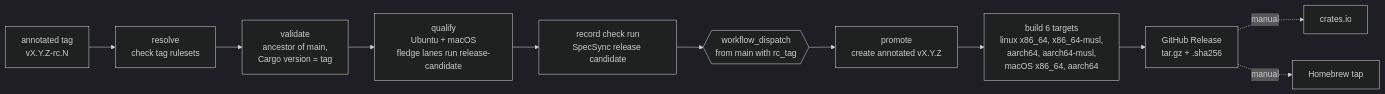
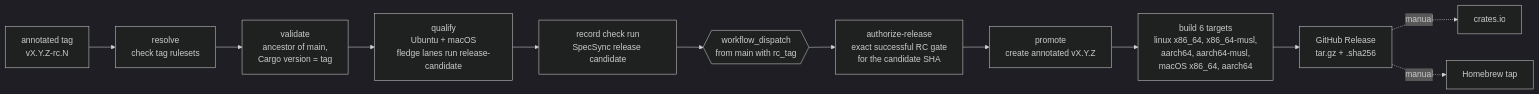
The tenth of 10 diagrams in docs/HLD.md (CorvidLabs/spec-sync), drawn with Mermaid (dark theme) before and after one commit. The commit also changed other lines of this file and 25 other files, not shown here.

````diff
--- a/docs/HLD.md
+++ b/docs/HLD.md
@@ -733,13 +737,14 @@
 ```mermaid
 flowchart LR
     rc[annotated tag<br/>vX.Y.Z-rc.N] --> resolve[resolve<br/>check tag rulesets]
     resolve --> validate[validate<br/>ancestor of main,<br/>Cargo version = tag]
     validate --> qualify[qualify<br/>Ubuntu + macOS<br/>fledge lanes run release-candidate]
     qualify --> record[record check run<br/>SpecSync release candidate]
     record --> dispatch{{workflow_dispatch<br/>from main with rc_tag}}
-    dispatch --> promote[promote<br/>create annotated vX.Y.Z]
+    dispatch --> authorize[authorize-release<br/>exact successful RC gate<br/>for the candidate SHA]
+    authorize --> promote[promote<br/>create annotated vX.Y.Z]
     promote --> build[build 6 targets<br/>linux x86_64, x86_64-musl,<br/>aarch64, aarch64-musl,<br/>macOS x86_64, aarch64]
     build --> release[GitHub Release<br/>tar.gz + .sha256]
     release -.->|manual| crates[crates.io]
     release -.->|manual| brew[Homebrew tap]
 ```
````
